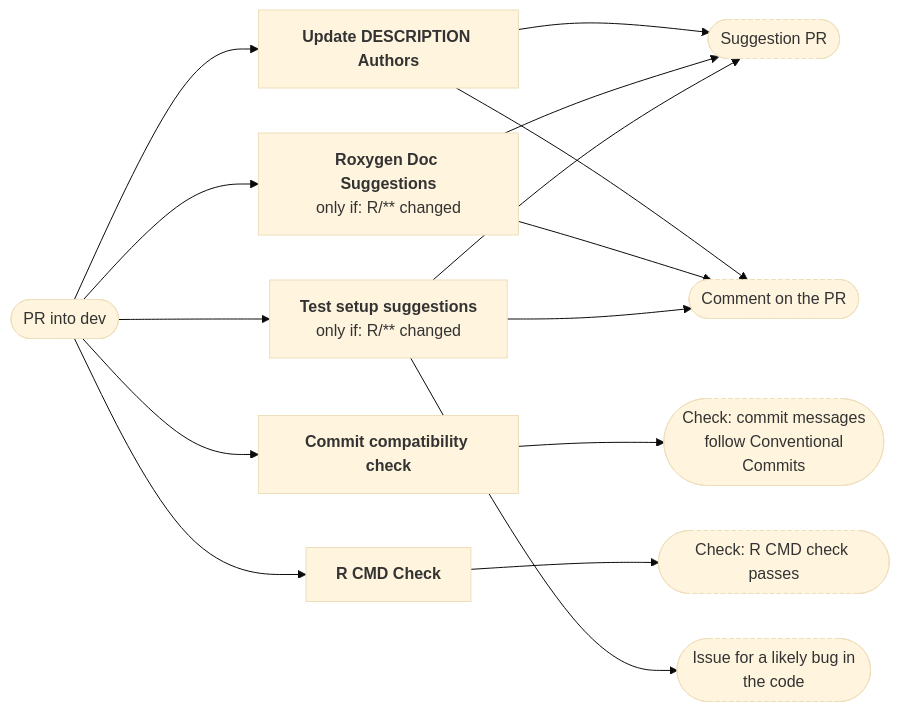
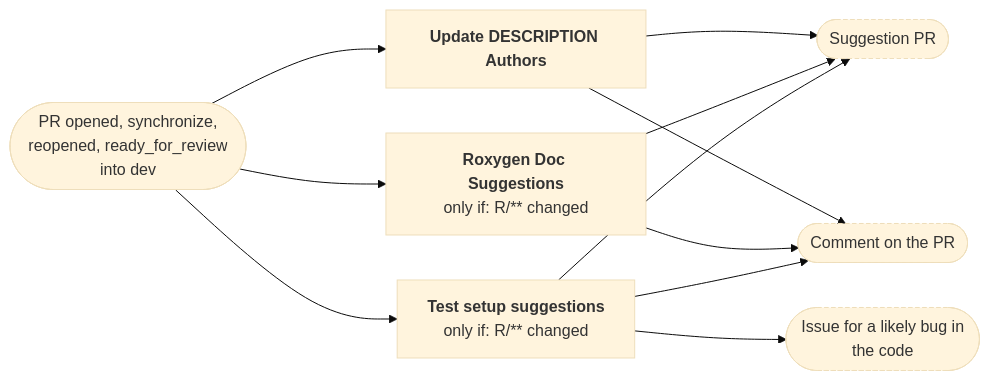
Before and after one commit to nfdi4health/dsSupportClient: the first of 10 diagrams in .github/workflow-graphs/README.md, drawn with Mermaid (base theme). The commit also changed other lines of this file, not shown here.

Commit message:
docs: update workflow diagrams

````diff
--- a/.github/workflow-graphs/README.md
+++ b/.github/workflow-graphs/README.md
@@ -37,30 +38,22 @@
 ```mermaid
 %%{init: {"flowchart": {"rankSpacing": 140, "nodeSpacing": 45}}}%%
 flowchart LR
-  ev(["PR into dev"])
+  ev(["PR opened, synchronize,<br/>reopened, ready_for_review<br/>into dev"])
   wf_check_author_included_yml["<b>Update DESCRIPTION Authors</b>"]
   ev --> wf_check_author_included_yml
-  wf_commitlint_yml["<b>Commit compatibility check</b>"]
-  ev --> wf_commitlint_yml
   wf_docs_suggest_yml["<b>Roxygen Doc Suggestions</b><br/>only if: R/#42;#42; changed"]
   ev --> wf_docs_suggest_yml
-  wf_R_CMD_Check_yml["<b>R CMD Check</b>"]
-  ev --> wf_R_CMD_Check_yml
   wf_test_suggest_yml["<b>Test setup suggestions</b><br/>only if: R/#42;#42; changed"]
   ev --> wf_test_suggest_yml
   out_1(["Suggestion PR"]):::outcome
   out_2(["Comment on the PR"]):::outcome
-  out_3(["Check: commit messages<br/>follow Conventional<br/>Commits"]):::outcome
-  out_4(["Check: R CMD check passes"]):::outcome
-  out_5(["Issue for a likely bug in<br/>the code"]):::outcome
+  out_3(["Issue for a likely bug in<br/>the code"]):::outcome
   wf_check_author_included_yml --> out_1
   wf_check_author_included_yml --> out_2
-  wf_commitlint_yml --> out_3
   wf_docs_suggest_yml --> out_1
   wf_docs_suggest_yml --> out_2
-  wf_R_CMD_Check_yml --> out_4
   wf_test_suggest_yml --> out_1
   wf_test_suggest_yml --> out_2
-  wf_test_suggest_yml --> out_5
+  wf_test_suggest_yml --> out_3
   classDef outcome stroke-dasharray: 4 3
 ```
````
